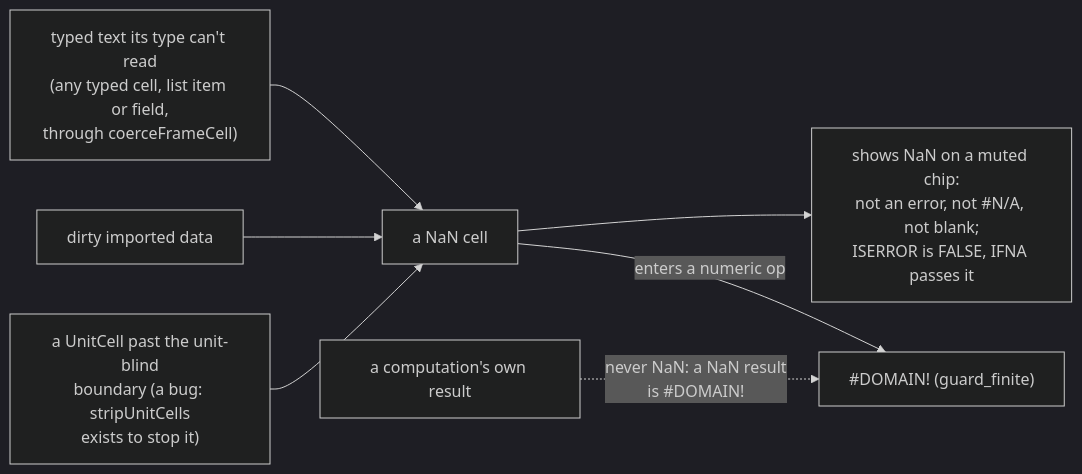
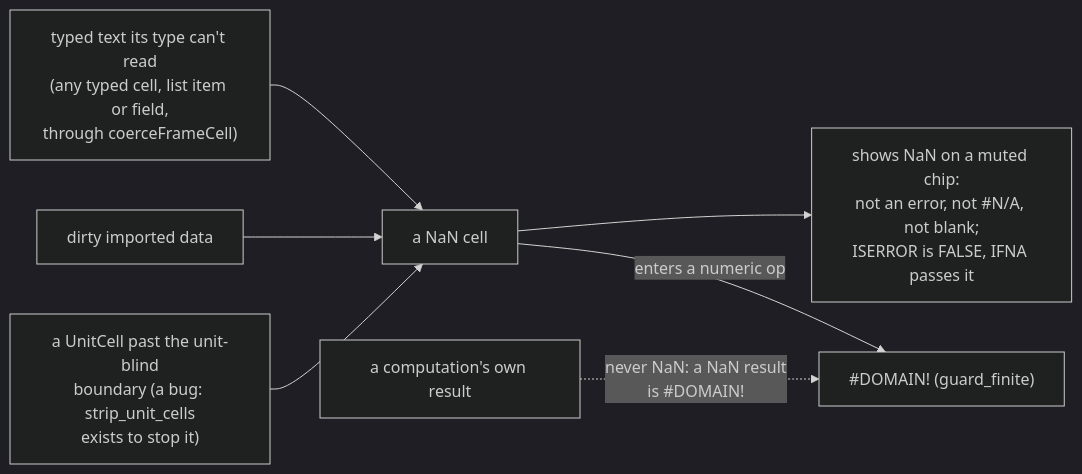
One commit to bubba8587/solenoid changed the third of 6 diagrams in tree/specs/values/value-semantics.md. Above: the diagram before and after it, drawn with Mermaid (dark theme). The commit also changed other lines of this file and 51 other files, not shown here.

````diff
--- a/tree/specs/values/value-semantics.md
+++ b/tree/specs/values/value-semantics.md
@@ -83,9 +83,9 @@
 ```mermaid
 flowchart LR
     t["typed text its type can't read<br>(any typed cell, list item or field,<br>through coerceFrameCell)"] --> nan["a NaN cell"]
     d["dirty imported data"] --> nan
-    bug["a UnitCell past the unit-blind<br>boundary (a bug: stripUnitCells<br>exists to stop it)"] --> nan
+    bug["a UnitCell past the unit-blind<br>boundary (a bug: strip_unit_cells<br>exists to stop it)"] --> nan
     nan --> show["shows NaN on a muted chip:<br>not an error, not #N/A, not blank;<br>ISERROR is FALSE, IFNA passes it"]
     nan -->|"enters a numeric op"| dom["#DOMAIN! (guard_finite)"]
     op["a computation's own result"] -.->|"never NaN: a NaN result<br>is #DOMAIN!"| dom
 ```
````
